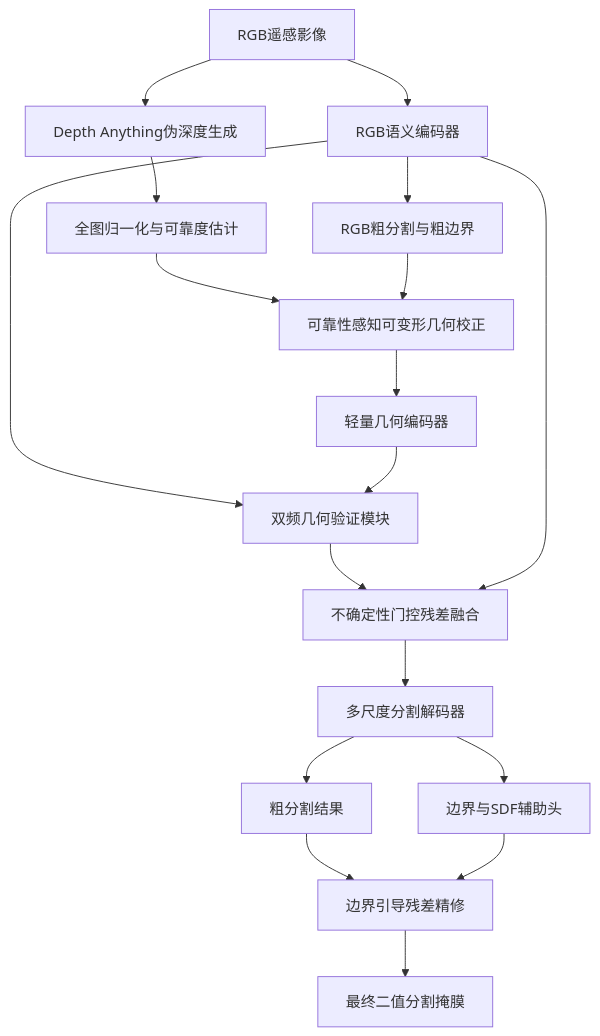
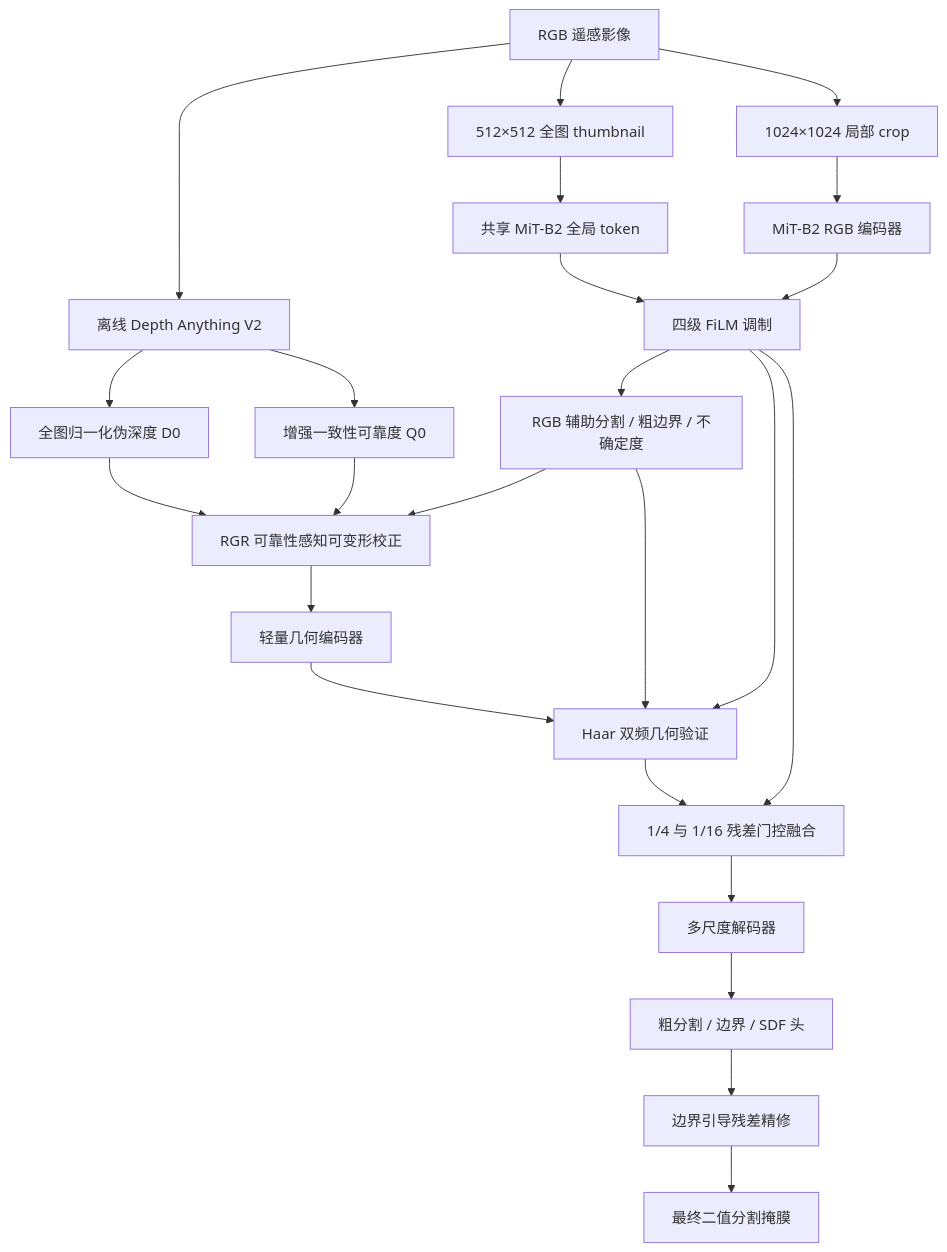
The diagram in docs/model_design.md (Long-Holiday/wwtp), drawn with Mermaid before and after one commit. The commit also changed other lines of this file and 25 other files, not shown here.

````diff
--- a/docs/model_design.md
+++ b/docs/model_design.md
@@ -14,20 +26,26 @@
 ```mermaid
 flowchart TD
-    I["RGB遥感影像"] --> R["RGB语义编码器"]
-    I --> D["Depth Anything伪深度生成"]
-    D --> N["全图归一化与可靠度估计"]
-    R --> P["RGB粗分割与粗边界"]
-    N --> G["可靠性感知可变形几何校正"]
-    P --> G
-    G --> E["轻量几何编码器"]
-    R --> V["双频几何验证模块"]
-    E --> V
-    V --> F["不确定性门控残差融合"]
-    R --> F
-    F --> C["多尺度分割解码器"]
-    C --> M["粗分割结果"]
-    C --> A["边界与SDF辅助头"]
-    M --> Q["边界引导残差精修"]
-    A --> Q
-    Q --> O["最终二值分割掩膜"]
+    I["RGB 遥感影像"] --> DA["离线 Depth Anything V2"]
+    DA --> D0["全图归一化伪深度 D0"]
+    DA --> Q0["增强一致性可靠度 Q0"]
+    I --> T["512×512 全图 thumbnail"]
+    T --> TG["共享 MiT-B2 全局 token"]
+    I --> C["1024×1024 局部 crop"]
+    C --> R["MiT-B2 RGB 编码器"]
+    TG --> FILM["四级 FiLM 调制"]
+    R --> FILM
+    FILM --> RA["RGB 辅助分割 / 粗边界 / 不确定度"]
+    D0 --> RGR["RGR 可靠性感知可变形校正"]
+    Q0 --> RGR
+    RA --> RGR
+    RGR --> GE["轻量几何编码器"]
+    FILM --> DFGV["Haar 双频几何验证"]
+    GE --> DFGV
+    RA --> DFGV
+    DFGV --> UGRF["1/4 与 1/16 残差门控融合"]
+    FILM --> UGRF
+    UGRF --> DEC["多尺度解码器"]
+    DEC --> AUX["粗分割 / 边界 / SDF 头"]
+    AUX --> REFINE["边界引导残差精修"]
+    REFINE --> OUT["最终二值分割掩膜"]
 ```
````
